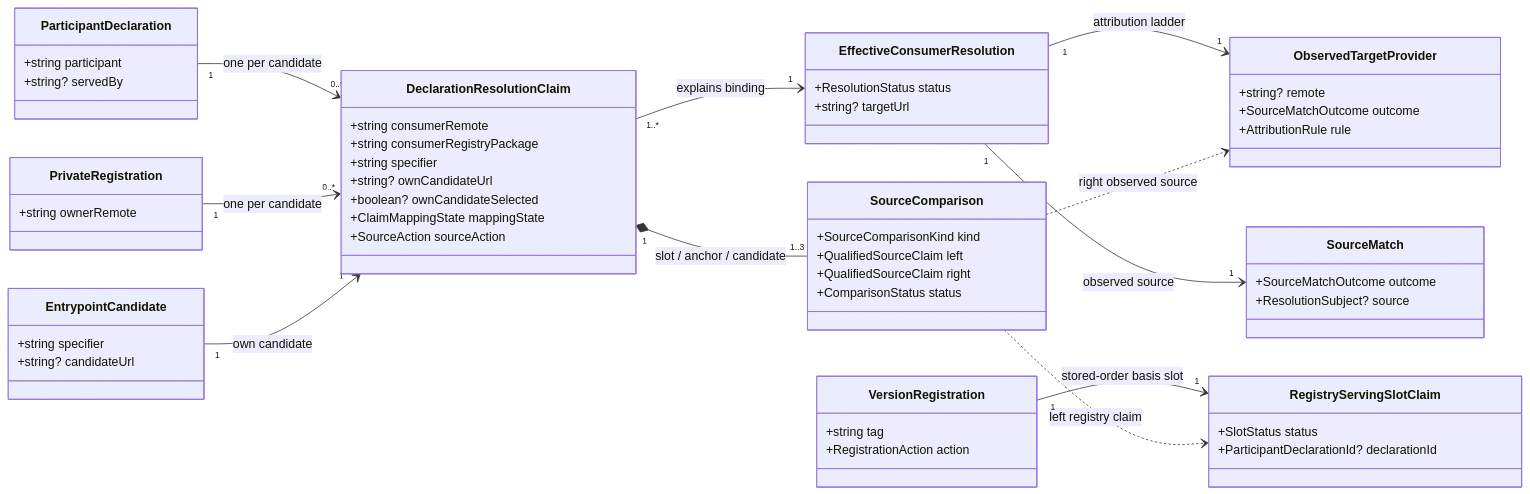
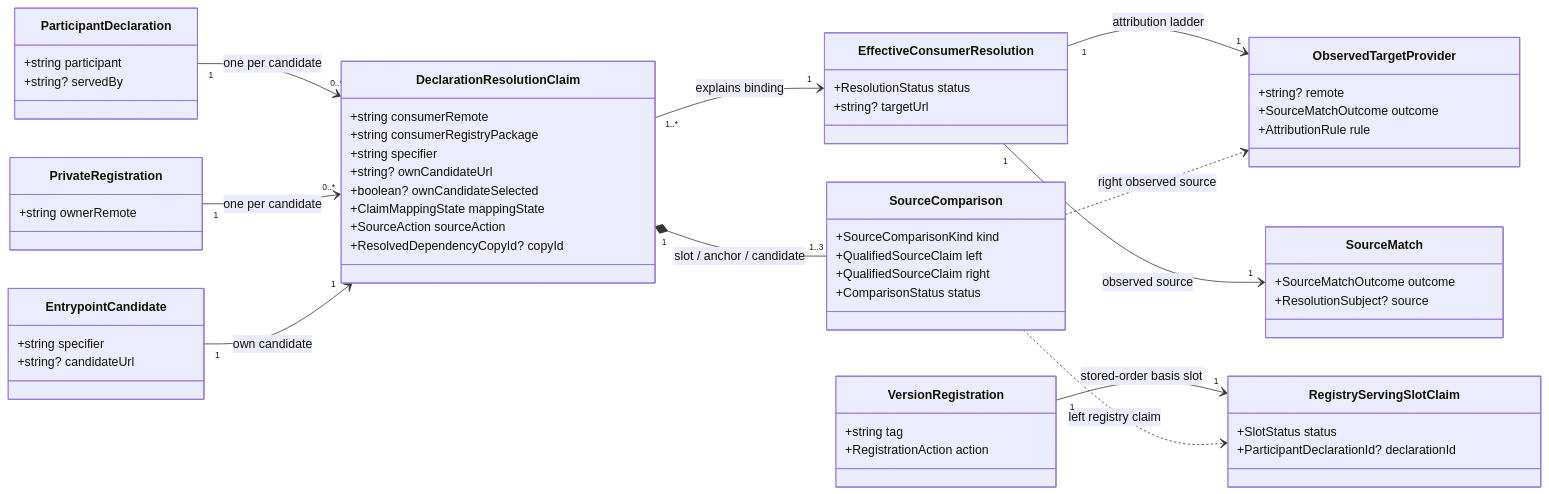
The third of 4 diagrams in README.md (lutzleonhardt/native-federation-devtools), drawn with Mermaid before and after one commit. The commit also changed other lines of this file and 11 other files, not shown here.

Commit message:
task-5: materialize resolved dependency copies

````diff
--- a/README.md
+++ b/README.md
@@ -263,63 +266,64 @@
 ```mermaid
 classDiagram
   direction LR
 
   class VersionRegistration {
     +string tag
     +RegistrationAction action
   }
   class ParticipantDeclaration {
     +string participant
     +string? servedBy
   }
   class PrivateRegistration {
     +string ownerRemote
   }
   class EntrypointCandidate {
     +string specifier
     +string? candidateUrl
   }
   class EffectiveConsumerResolution {
     +ResolutionStatus status
     +string? targetUrl
   }
   class RegistryServingSlotClaim {
     +SlotStatus status
     +ParticipantDeclarationId? declarationId
   }
   class DeclarationResolutionClaim {
     +string consumerRemote
     +string consumerRegistryPackage
     +string specifier
     +string? ownCandidateUrl
     +boolean? ownCandidateSelected
     +ClaimMappingState mappingState
     +SourceAction sourceAction
+    +ResolvedDependencyCopyId? copyId
   }
   class ObservedTargetProvider {
     +string? remote
     +SourceMatchOutcome outcome
     +AttributionRule rule
   }
   class SourceMatch {
     +SourceMatchOutcome outcome
     +ResolutionSubject? source
   }
   class SourceComparison {
     +SourceComparisonKind kind
     +QualifiedSourceClaim left
     +QualifiedSourceClaim right
     +ComparisonStatus status
   }
 
   VersionRegistration "1" --> "1" RegistryServingSlotClaim : stored-order basis slot
   ParticipantDeclaration "1" --> "0..*" DeclarationResolutionClaim : one per candidate
   PrivateRegistration "1" --> "0..*" DeclarationResolutionClaim : one per candidate
   EntrypointCandidate "1" --> "1" DeclarationResolutionClaim : own candidate
   DeclarationResolutionClaim "1..*" --> "1" EffectiveConsumerResolution : explains binding
   EffectiveConsumerResolution "1" --> "1" ObservedTargetProvider : attribution ladder
   EffectiveConsumerResolution "1" --> "1" SourceMatch : observed source
   DeclarationResolutionClaim "1" *-- "1..3" SourceComparison : slot / anchor / candidate
   SourceComparison ..> RegistryServingSlotClaim : left registry claim
   SourceComparison ..> ObservedTargetProvider : right observed source
 ```
````
